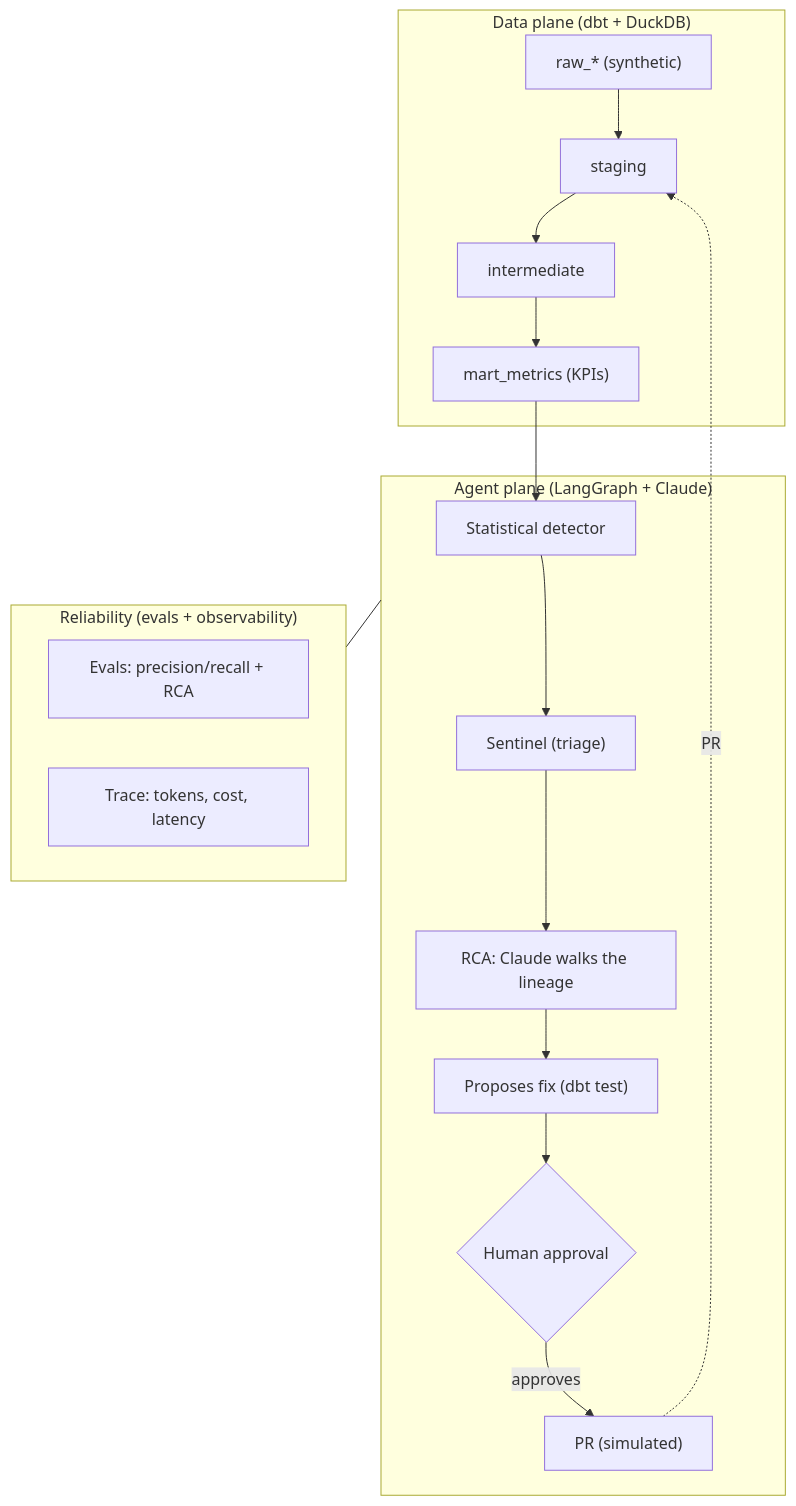
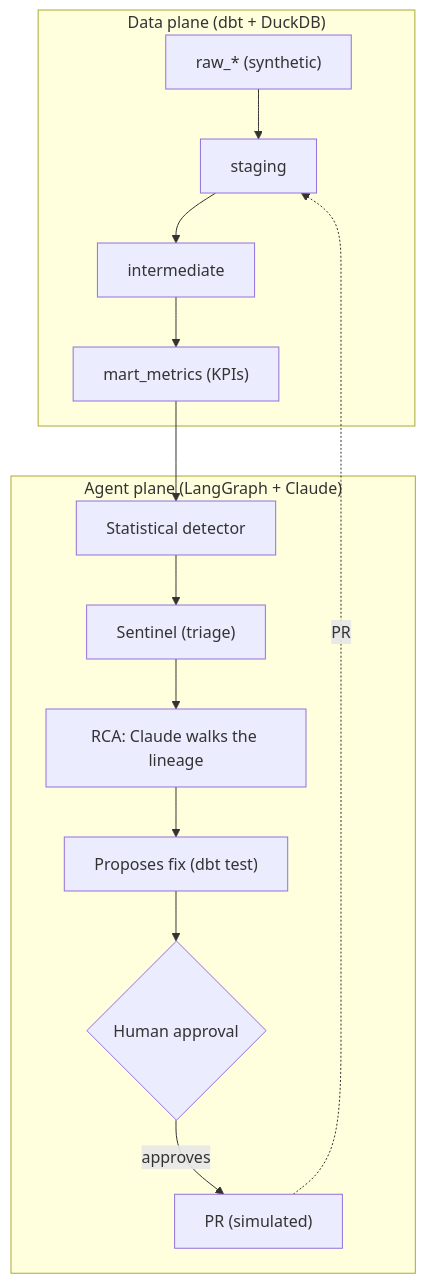
Before and after one commit to leidimar-admc/Sentinela-de-Dados---Agentic-Data-Analytics-Engineering: the second of 2 diagrams in README.en.md, drawn with Mermaid. The commit also changed other lines of this file and 2 other files, not shown here.

Commit message:
docs: README enxuto com print no topo, tabela 'por que importa' e metricas reais das evals

````diff
--- a/README.en.md
+++ b/README.en.md
@@ -51,25 +53,19 @@
 ```mermaid
 flowchart TB
     subgraph DP["Data plane (dbt + DuckDB)"]
         RAW["raw_* (synthetic)"] --> STG["staging"]
         STG --> INT["intermediate"]
         INT --> MM["mart_metrics (KPIs)"]
     end
 
     subgraph AP["Agent plane (LangGraph + Claude)"]
         DET["Statistical detector"] --> SEN["Sentinel (triage)"]
         SEN --> RCA["RCA: Claude walks the lineage"]
         RCA --> FIX["Proposes fix (dbt test)"]
         FIX --> GATE{"Human approval"}
         GATE -->|approves| PR["PR (simulated)"]
     end
 
-    subgraph REL["Reliability (evals + observability)"]
-        EV["Evals: precision/recall + RCA"]
-        OB["Trace: tokens, cost, latency"]
-    end
-
     MM --> DET
     PR -. PR .-> STG
-    AP --- REL
 ```
````
